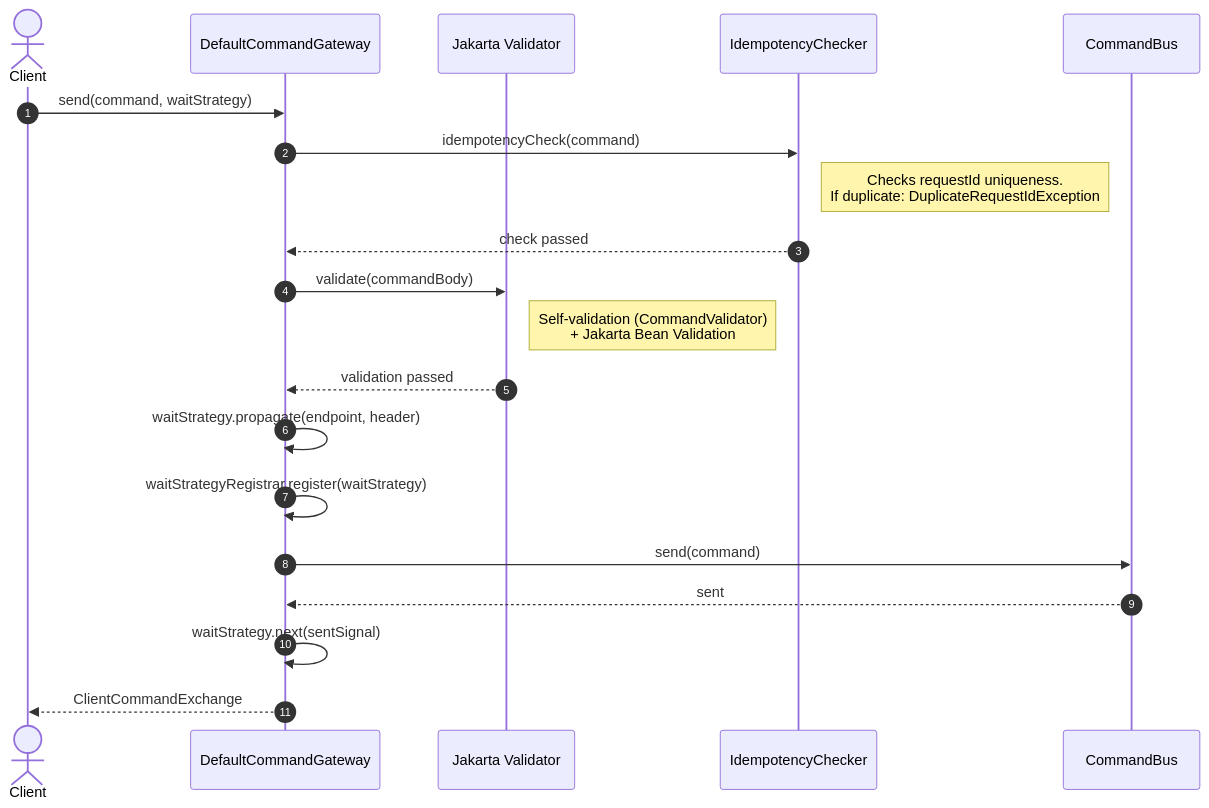
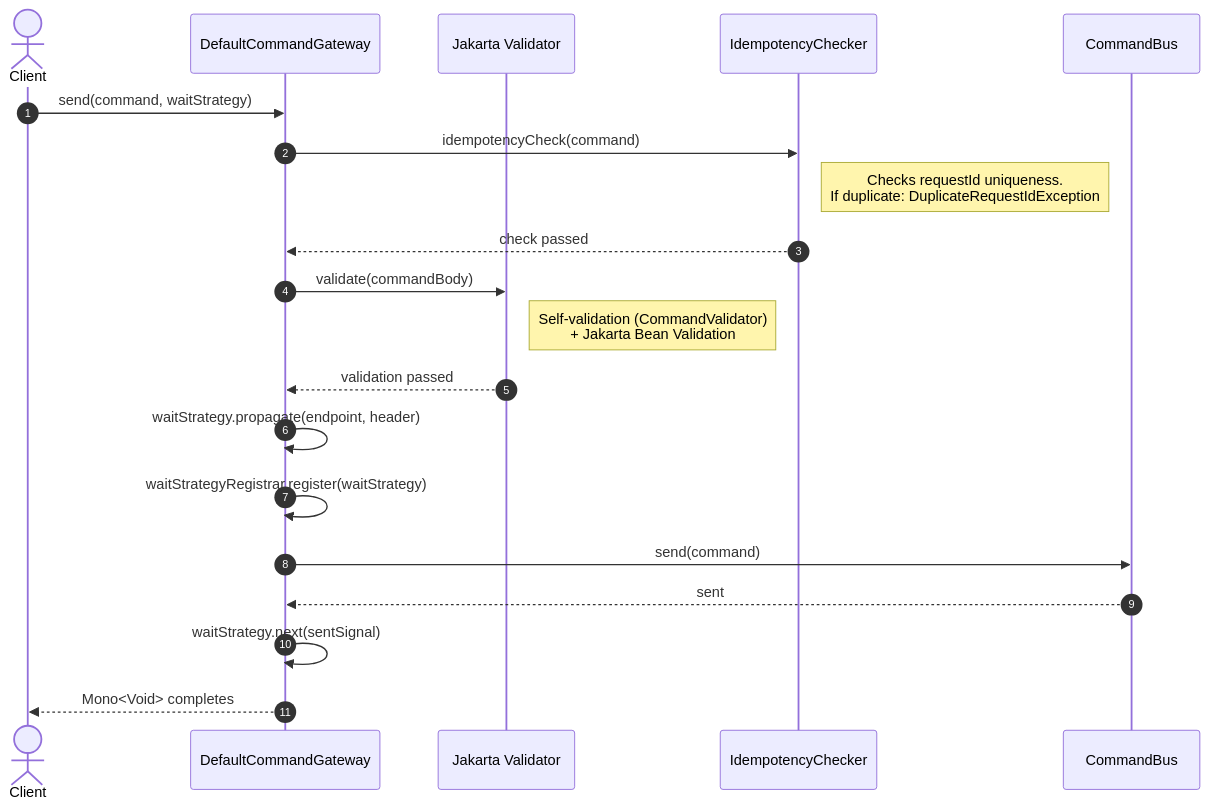
One commit to Ahoo-Wang/Wow changed the second of 10 diagrams in documentation/docs/en/guide/advanced/data-flow.md. Above: the diagram before and after it, drawn with Mermaid. The commit also changed 7 other files, not shown here.

````diff
--- a/documentation/docs/en/guide/advanced/data-flow.md
+++ b/documentation/docs/en/guide/advanced/data-flow.md
@@ -40,25 +40,25 @@
 ```mermaid
 sequenceDiagram
     autonumber
     actor Client
     participant CG as DefaultCommandGateway
     participant Validator as Jakarta Validator
     participant Idempotency as IdempotencyChecker
     participant CB as CommandBus
 
     Client->>CG: send(command, waitStrategy)
     CG->>Idempotency: idempotencyCheck(command)
     Note right of Idempotency: Checks requestId uniqueness.<br>If duplicate: DuplicateRequestIdException
     Idempotency-->>CG: check passed
     CG->>Validator: validate(commandBody)
     Note right of Validator: Self-validation (CommandValidator)<br>+ Jakarta Bean Validation
     Validator-->>CG: validation passed
     CG->>CG: waitStrategy.propagate(endpoint, header)
     CG->>CG: waitStrategyRegistrar.register(waitStrategy)
     CG->>CB: send(command)
     CB-->>CG: sent
     CG->>CG: waitStrategy.next(sentSignal)
-    CG-->>Client: ClientCommandExchange
+    CG-->>Client: Mono<Void> completes
 
 
 ```
````
